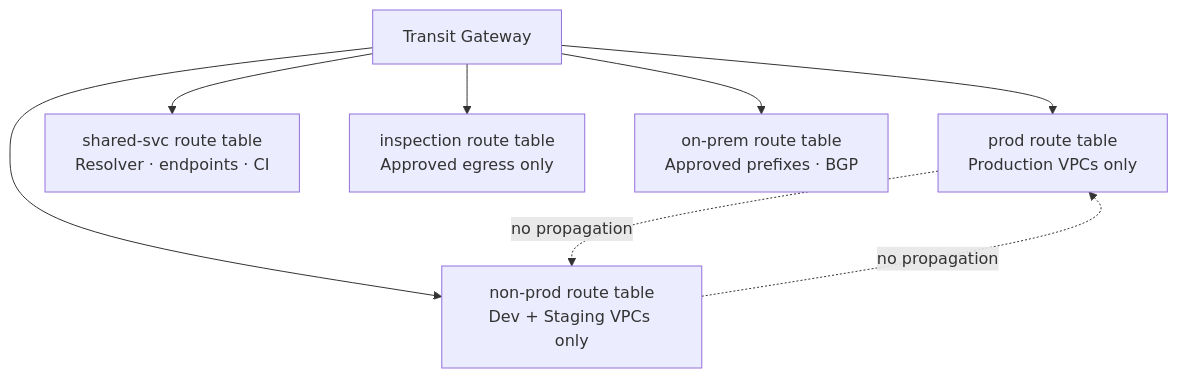
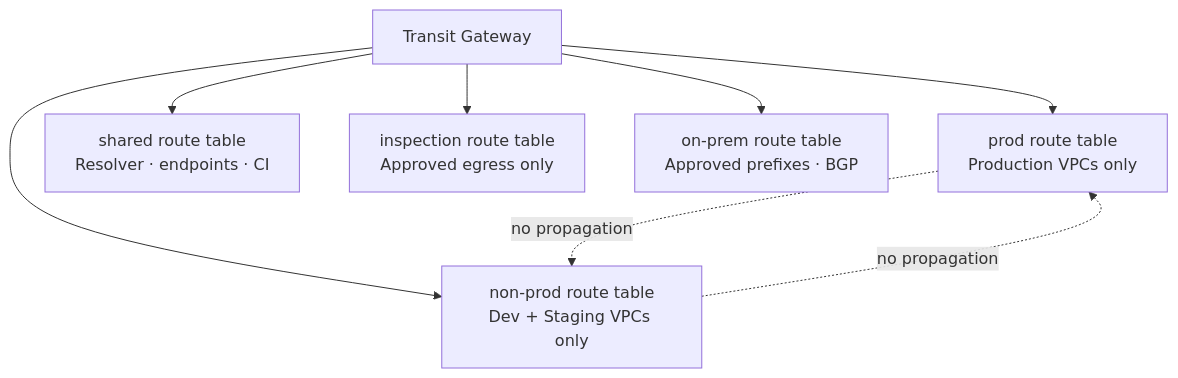
Before and after one commit to hatan4ik/devops-aws-infra: the first of 4 diagrams in docs/book/03-network-security.md, drawn with Mermaid. The commit also changed other lines of this file and 96 other files, not shown here.

````diff
--- a/docs/book/03-network-security.md
+++ b/docs/book/03-network-security.md
@@ -29,13 +34,13 @@
 ```mermaid
 flowchart TD
   tgw[Transit Gateway]
 
   tgw --> rt_prod[prod route table\nProduction VPCs only]
   tgw --> rt_nonprod[non-prod route table\nDev + Staging VPCs only]
-  tgw --> rt_shared[shared-svc route table\nResolver · endpoints · CI]
+  tgw --> rt_shared[shared route table\nResolver · endpoints · CI]
   tgw --> rt_inspect[inspection route table\nApproved egress only]
   tgw --> rt_onprem[on-prem route table\nApproved prefixes · BGP]
 
   rt_prod -. no propagation .-> rt_nonprod
   rt_nonprod -. no propagation .-> rt_prod
 ```
````
